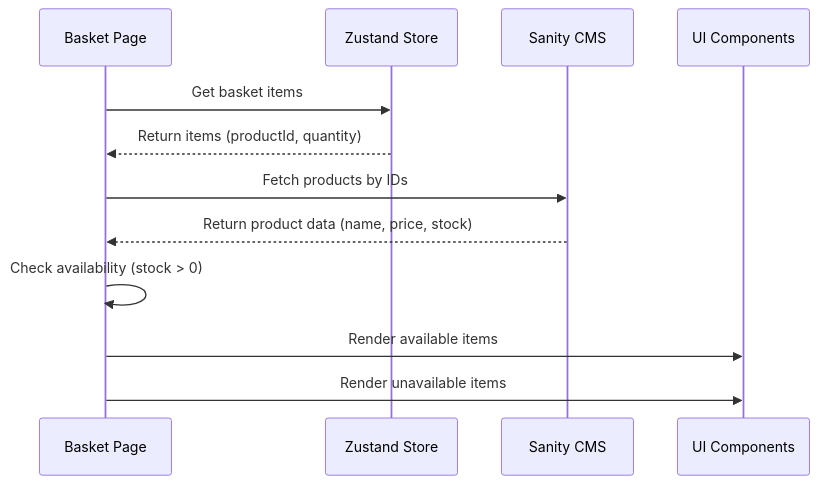
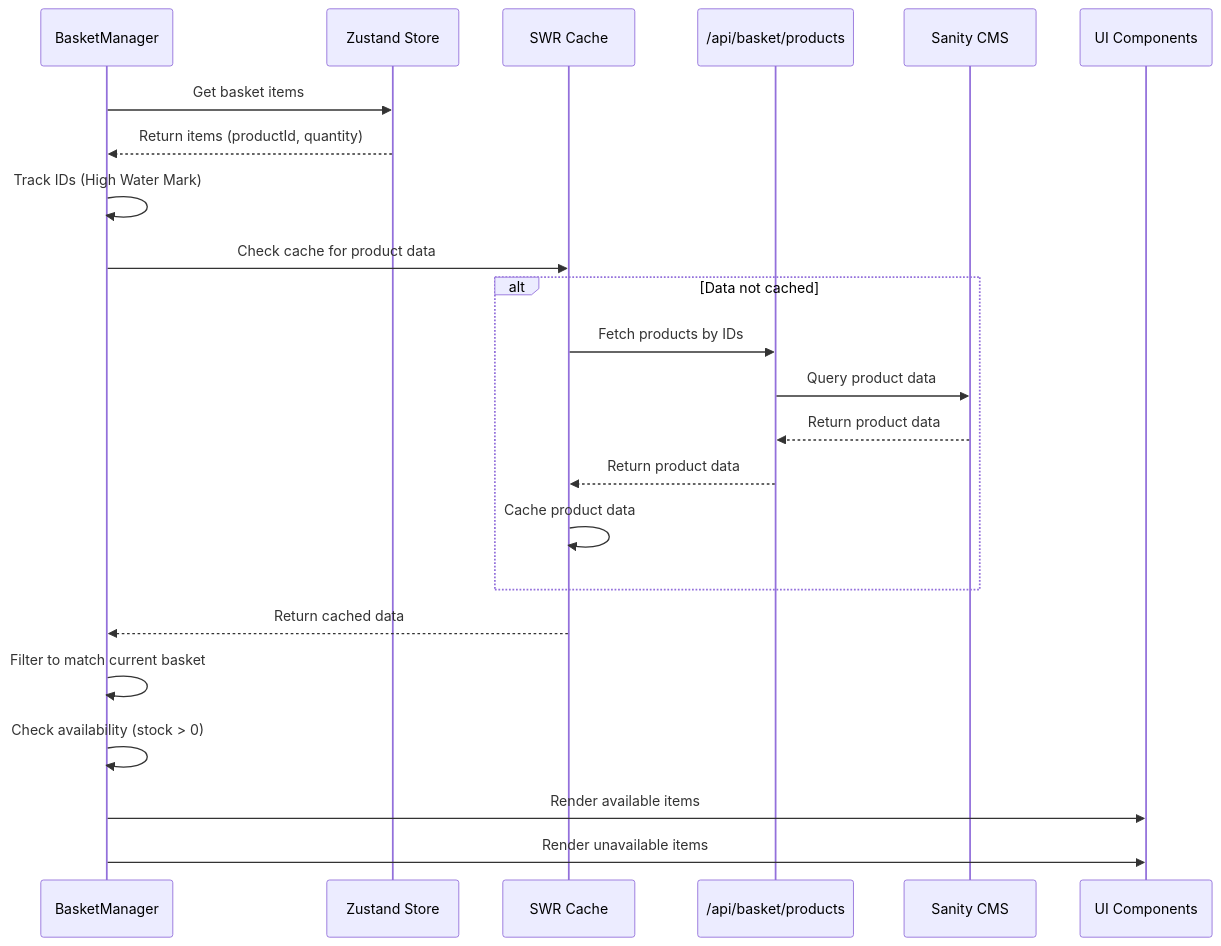
One commit to munrhalls/sanglogium changed the second of 2 diagrams in docs/basket/TECHNICAL DIAGRAM.md. Above: the diagram before and after it, drawn with Mermaid.

Commit message:
Difficulty: 3 - E, Polish (docs/basket): Update CMS fetch flow diagram to be 100% accurate → DoD:0 <documentation>

````diff
--- a/docs/basket/TECHNICAL DIAGRAM.md
+++ b/docs/basket/TECHNICAL DIAGRAM.md
@@ -19,15 +19,26 @@
 ```mermaid
 sequenceDiagram
-    participant Page as Basket Page
+    participant Manager as BasketManager
     participant Store as Zustand Store
-    participant Sanity as Sanity CMS
+    participant SWR as SWR Cache
+    participant API as /api/basket/products
+    participant CMS as Sanity CMS
     participant UI as UI Components
 
-    Page->>Store: Get basket items
-    Store-->>Page: Return items (productId, quantity)
-    Page->>Sanity: Fetch products by IDs
-    Sanity-->>Page: Return product data (name, price, stock)
-    Page->>Page: Check availability (stock > 0)
-    Page->>UI: Render available items
-    Page->>UI: Render unavailable items
+    Manager->>Store: Get basket items
+    Store-->>Manager: Return items (productId, quantity)
+    Manager->>Manager: Track IDs (High Water Mark)
+    Manager->>SWR: Check cache for product data
+    alt Data not cached
+        SWR->>API: Fetch products by IDs
+        API->>CMS: Query product data
+        CMS-->>API: Return product data
+        API-->>SWR: Return product data
+        SWR->>SWR: Cache product data
+    end
+    SWR-->>Manager: Return cached data
+    Manager->>Manager: Filter to match current basket
+    Manager->>Manager: Check availability (stock > 0)
+    Manager->>UI: Render available items
+    Manager->>UI: Render unavailable items
 ```
````
